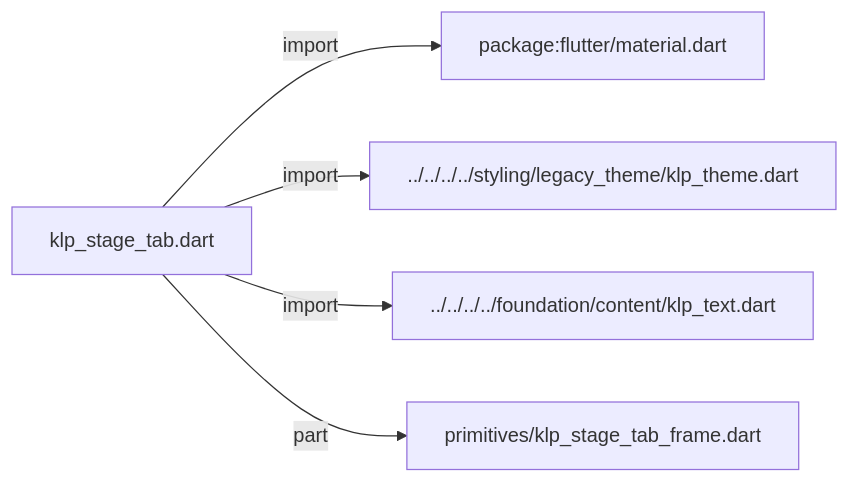
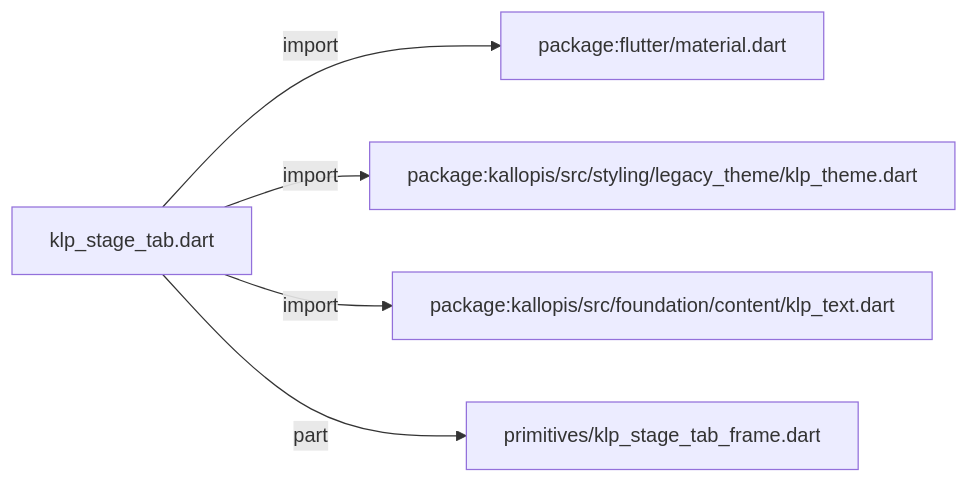
The first of 3 diagrams in docs/architecture/src/features/workspace/shell/stage/klp_stage_tab.md (MiuDog/Kallopis), drawn with Mermaid before and after one commit. The commit also changed other lines of this file and 9688 other files, not shown here.

Commit message:
Prepare isolated Flow F2 peer baseline

````diff
--- a/docs/architecture/src/features/workspace/shell/stage/klp_stage_tab.md
+++ b/docs/architecture/src/features/workspace/shell/stage/klp_stage_tab.md
@@ -11,12 +11,12 @@
 ```mermaid
 flowchart LR
 	n0["klp_stage_tab.dart"]
 	n1["package:flutter/material.dart"]
-	n2["../../../../styling/legacy_theme/klp_theme.dart"]
-	n3["../../../../foundation/content/klp_text.dart"]
+	n2["package:kallopis/src/styling/legacy_theme/klp_theme.dart"]
+	n3["package:kallopis/src/foundation/content/klp_text.dart"]
 	n4["primitives/klp_stage_tab_frame.dart"]
 	n0 -->|"import"| n1
 	n0 -->|"import"| n2
 	n0 -->|"import"| n3
 	n0 -->|"part"| n4
 ```
````
